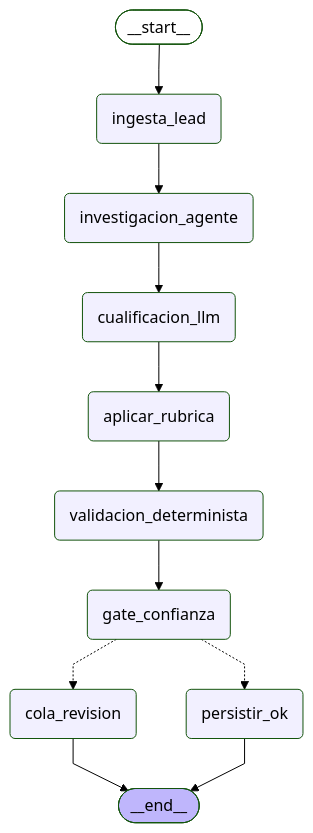
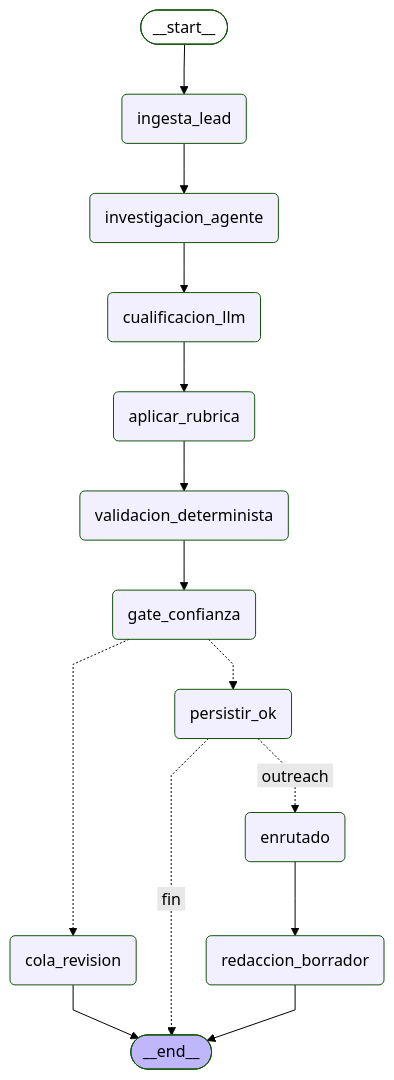
The diagram in 5/grafo_leads.mmd (jorbelca/portfolio-freelance), drawn with Mermaid (forest theme) before and after one commit. The commit also changed 6 other files, not shown here.

```diff
--- a/5/grafo_leads.mmd
+++ b/5/grafo_leads.mmd
@@ -1,29 +1,34 @@
 ---
 config:
   flowchart:
     curve: linear
 ---
 graph TD;
 	__start__([<p>__start__</p>]):::first
 	ingesta_lead(ingesta_lead)
 	investigacion_agente(investigacion_agente)
 	cualificacion_llm(cualificacion_llm)
 	aplicar_rubrica(aplicar_rubrica)
 	validacion_determinista(validacion_determinista)
 	gate_confianza(gate_confianza)
 	persistir_ok(persistir_ok)
 	cola_revision(cola_revision)
+	enrutado(enrutado)
+	redaccion_borrador(redaccion_borrador)
 	__end__([<p>__end__</p>]):::last
 	__start__ --> ingesta_lead;
 	aplicar_rubrica --> validacion_determinista;
 	cualificacion_llm --> aplicar_rubrica;
+	enrutado --> redaccion_borrador;
 	gate_confianza -.-> cola_revision;
 	gate_confianza -.-> persistir_ok;
 	ingesta_lead --> investigacion_agente;
 	investigacion_agente --> cualificacion_llm;
+	persistir_ok -. &nbsp;fin&nbsp; .-> __end__;
+	persistir_ok -. &nbsp;outreach&nbsp; .-> enrutado;
 	validacion_determinista --> gate_confianza;
 	cola_revision --> __end__;
-	persistir_ok --> __end__;
+	redaccion_borrador --> __end__;
 	classDef default fill:#f2f0ff,line-height:1.2
 	classDef first fill-opacity:0
 	classDef last fill:#bfb6fc
```
